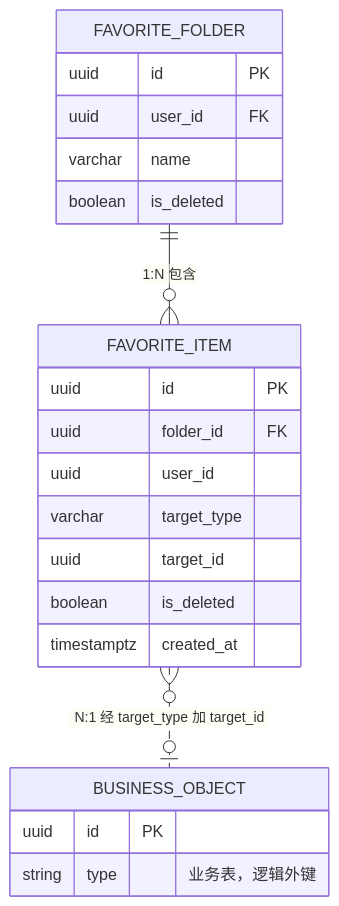
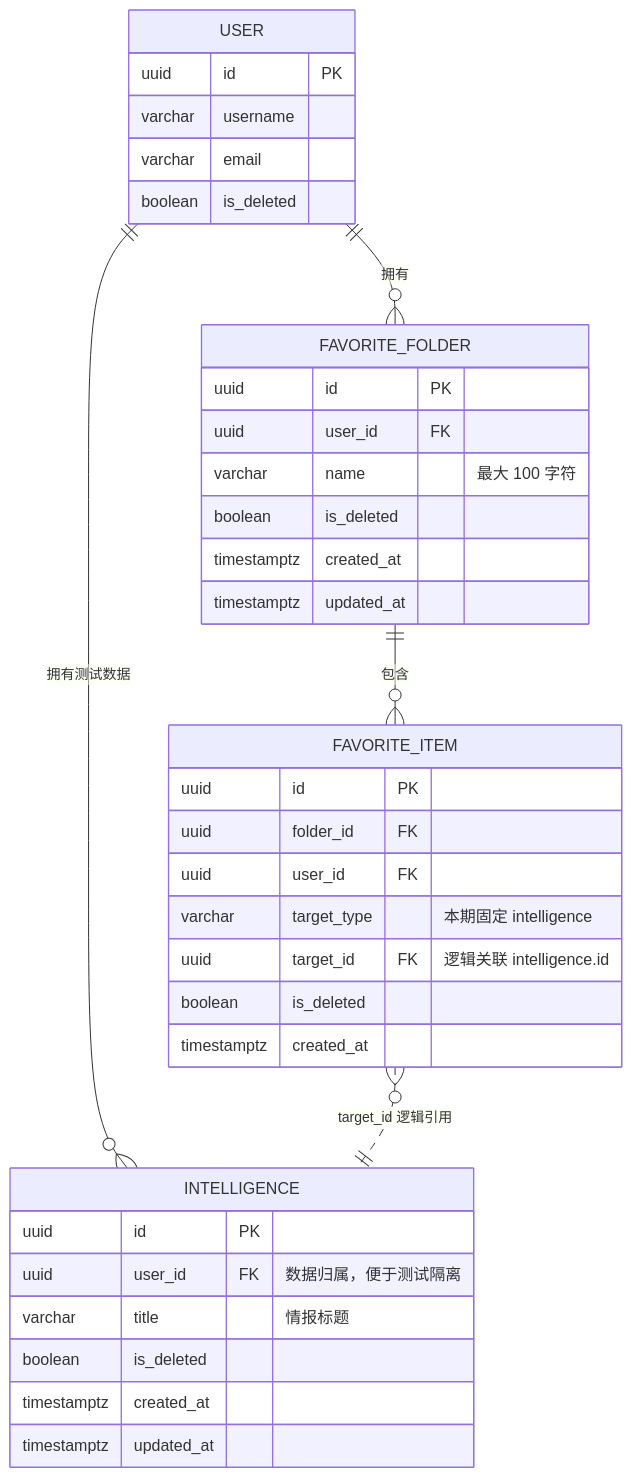
The diagram in docs/design.md (HonkerAcmen/griver_favorites), drawn with Mermaid before and after one commit. The commit also changed other lines of this file and 6 other files, not shown here.

````diff
--- a/docs/design.md
+++ b/docs/design.md
@@ -90,27 +85,42 @@
 ```mermaid
 erDiagram
+    USER {
+        uuid id PK
+        varchar username
+        varchar email
+        boolean is_deleted
+    }
+
+    INTELLIGENCE {
+        uuid id PK
+        uuid user_id FK "数据归属，便于测试隔离"
+        varchar title "情报标题"
+        boolean is_deleted
+        timestamptz created_at
+        timestamptz updated_at
+    }
+
     FAVORITE_FOLDER {
         uuid id PK
         uuid user_id FK
-        varchar name
+        varchar name "最大 100 字符"
         boolean is_deleted
+        timestamptz created_at
+        timestamptz updated_at
     }
 
     FAVORITE_ITEM {
         uuid id PK
         uuid folder_id FK
-        uuid user_id
-        varchar target_type
-        uuid target_id
+        uuid user_id FK
+        varchar target_type "本期固定 intelligence"
+        uuid target_id FK "逻辑关联 intelligence.id"
         boolean is_deleted
         timestamptz created_at
     }
 
-    BUSINESS_OBJECT {
-        uuid id PK
-        string type "业务表，逻辑外键"
-    }
-
-    FAVORITE_FOLDER ||--o{ FAVORITE_ITEM : "1:N 包含"
-    FAVORITE_ITEM }o..o| BUSINESS_OBJECT : "N:1 经 target_type 加 target_id"
+    USER ||--o{ FAVORITE_FOLDER : "拥有"
+    USER ||--o{ INTELLIGENCE : "拥有测试数据"
+    FAVORITE_FOLDER ||--o{ FAVORITE_ITEM : "包含"
+    FAVORITE_ITEM }o..|| INTELLIGENCE : "target_id 逻辑引用"
 ```
````
